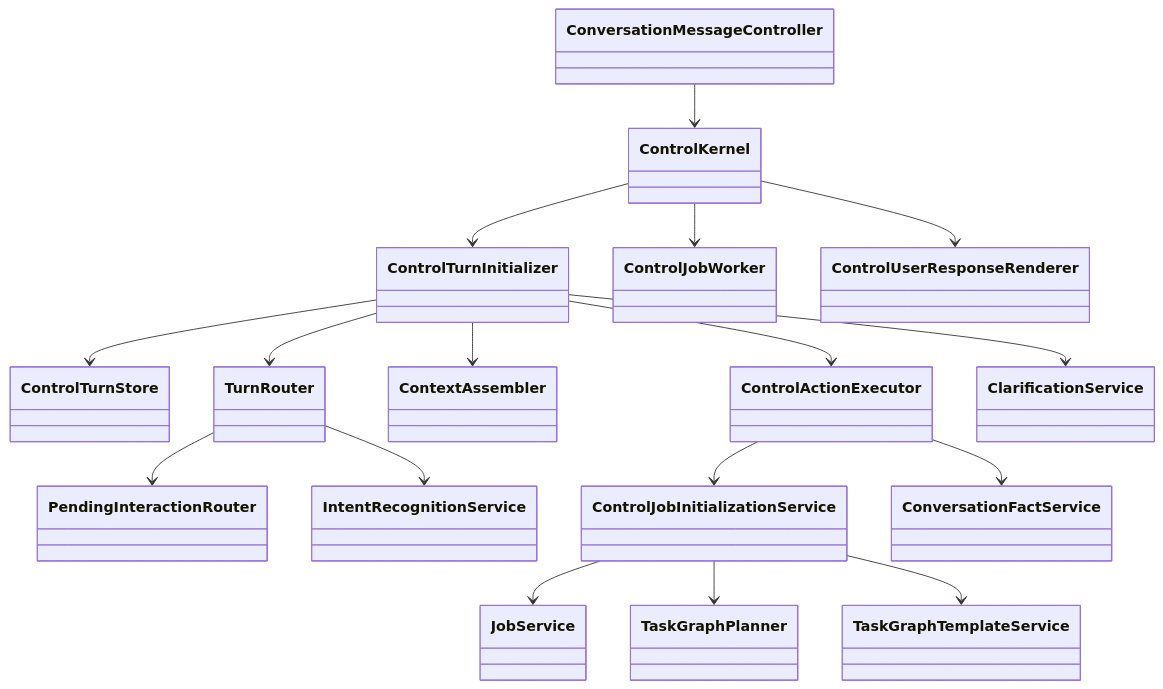
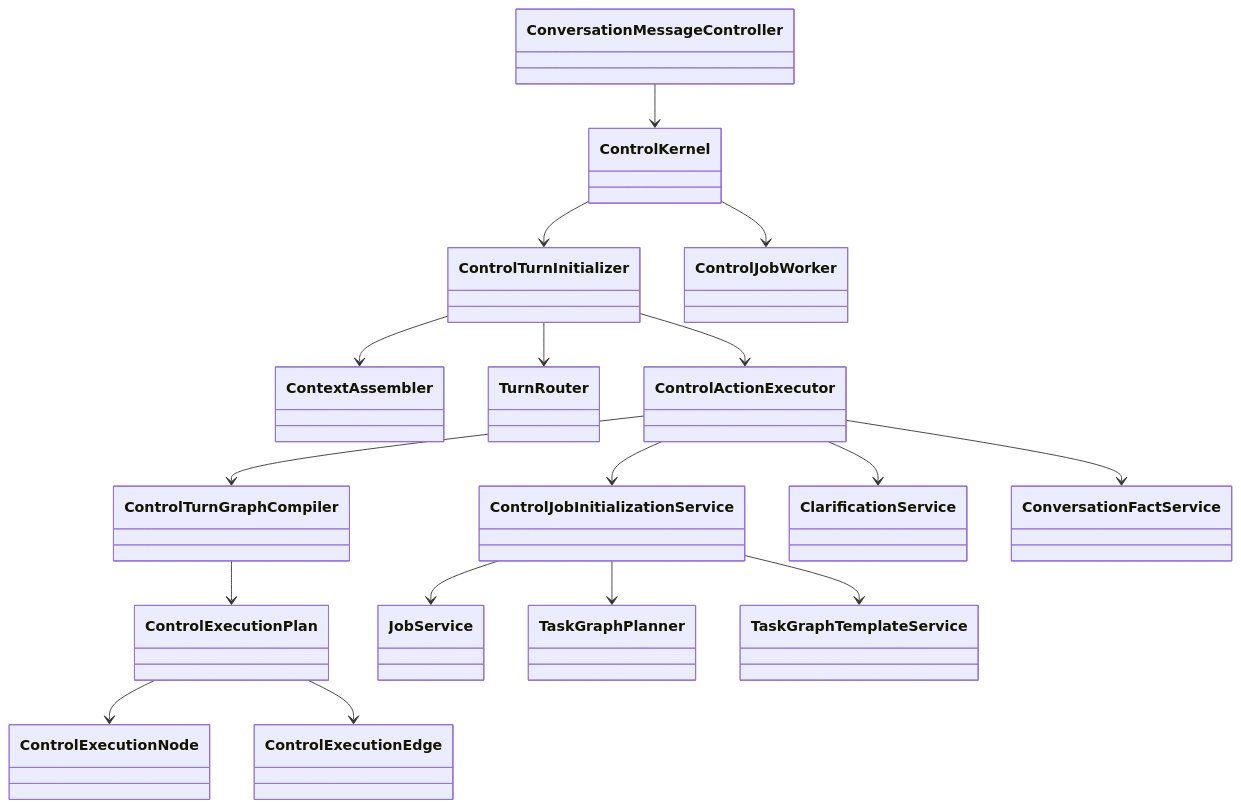
Before and after one commit to funjson/meta-agent: the diagram in backend/src/main/java/com/funjson/metaagent/control/README.md, drawn with Mermaid. The commit also changed other lines of this file and 89 other files, not shown here.

````diff
--- a/backend/src/main/java/com/funjson/metaagent/control/README.md
+++ b/backend/src/main/java/com/funjson/metaagent/control/README.md
@@ -11,19 +13,19 @@
 ```mermaid
 classDiagram
   ConversationMessageController --> ControlKernel
   ControlKernel --> ControlTurnInitializer
   ControlKernel --> ControlJobWorker
-  ControlKernel --> ControlUserResponseRenderer
-  ControlTurnInitializer --> ControlTurnStore
+  ControlTurnInitializer --> ContextAssembler
   ControlTurnInitializer --> TurnRouter
-  TurnRouter --> PendingInteractionRouter
-  TurnRouter --> IntentRecognitionService
-  ControlTurnInitializer --> ContextAssembler
   ControlTurnInitializer --> ControlActionExecutor
+  ControlActionExecutor --> ControlTurnGraphCompiler
+  ControlTurnGraphCompiler --> ControlExecutionPlan
+  ControlExecutionPlan --> ControlExecutionNode
+  ControlExecutionPlan --> ControlExecutionEdge
   ControlActionExecutor --> ControlJobInitializationService
+  ControlActionExecutor --> ClarificationService
   ControlActionExecutor --> ConversationFactService
-  ControlTurnInitializer --> ClarificationService
   ControlJobInitializationService --> JobService
   ControlJobInitializationService --> TaskGraphPlanner
   ControlJobInitializationService --> TaskGraphTemplateService
 ```
````
